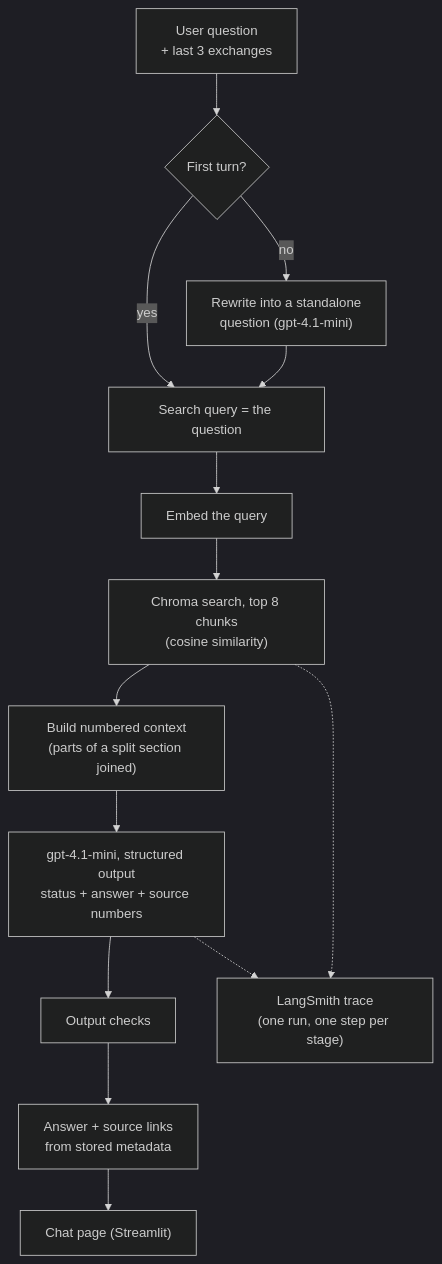
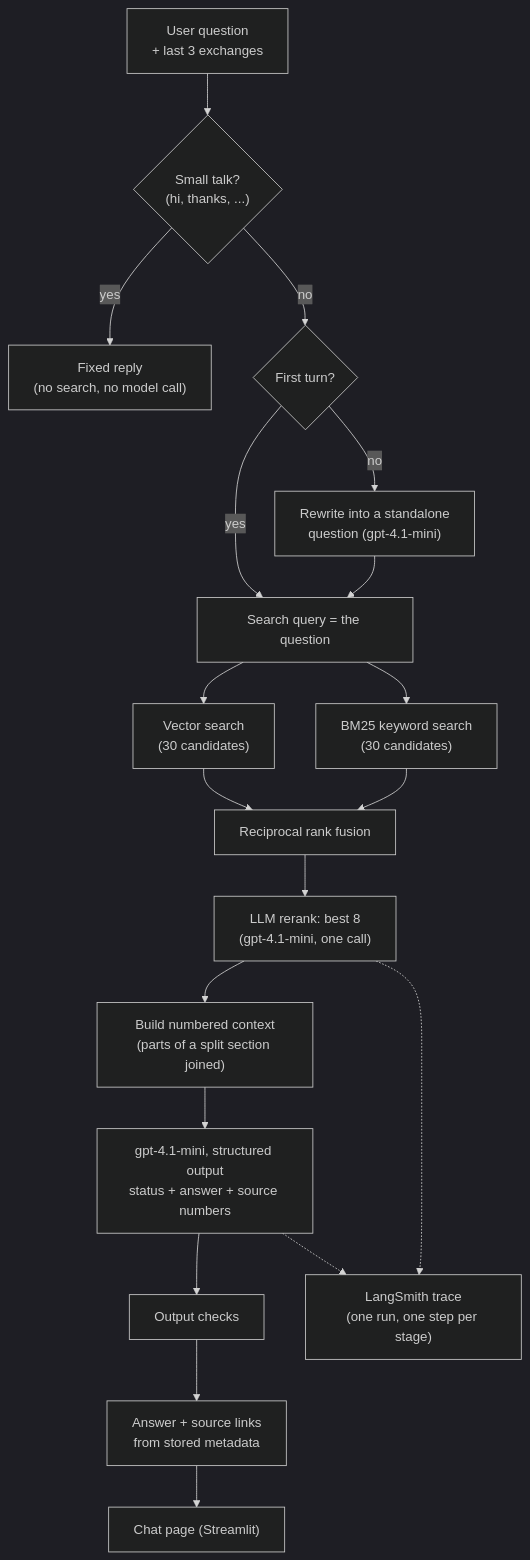
The second of 2 diagrams in docs/architecture.md (nisargdoshi9/iqm-rag), drawn with Mermaid (dark theme) before and after one commit. The commit also changed other lines of this file and 7 other files, not shown here.

Commit message:
Docs for the improvements: decision record, evaluation report, README, architecture, write-up, env example

````diff
--- a/docs/architecture.md
+++ b/docs/architecture.md
@@ -31,16 +31,21 @@
 ```mermaid
 flowchart TD
-    U["User question<br/>+ last 3 exchanges"] --> RW{"First turn?"}
+    U["User question<br/>+ last 3 exchanges"] --> ST{"Small talk?<br/>(hi, thanks, ...)"}
+    ST -- "yes" --> SR["Fixed reply<br/>(no search, no model call)"]
+    ST -- "no" --> RW{"First turn?"}
     RW -- "yes" --> Q["Search query = the question"]
     RW -- "no" --> R["Rewrite into a standalone<br/>question (gpt-4.1-mini)"]
     R --> Q
-    Q --> E["Embed the query"]
-    E --> S["Chroma search, top 8 chunks<br/>(cosine similarity)"]
-    S --> C["Build numbered context<br/>(parts of a split section joined)"]
+    Q --> D["Vector search<br/>(30 candidates)"]
+    Q --> BM["BM25 keyword search<br/>(30 candidates)"]
+    D --> F["Reciprocal rank fusion"]
+    BM --> F
+    F --> RR["LLM rerank: best 8<br/>(gpt-4.1-mini, one call)"]
+    RR --> C["Build numbered context<br/>(parts of a split section joined)"]
     C --> L["gpt-4.1-mini, structured output<br/>status + answer + source numbers"]
     L --> K["Output checks"]
     K --> A["Answer + source links<br/>from stored metadata"]
     A --> UI["Chat page (Streamlit)"]
     L -.-> T["LangSmith trace<br/>(one run, one step per stage)"]
-    S -.-> T
+    RR -.-> T
 ```
````
